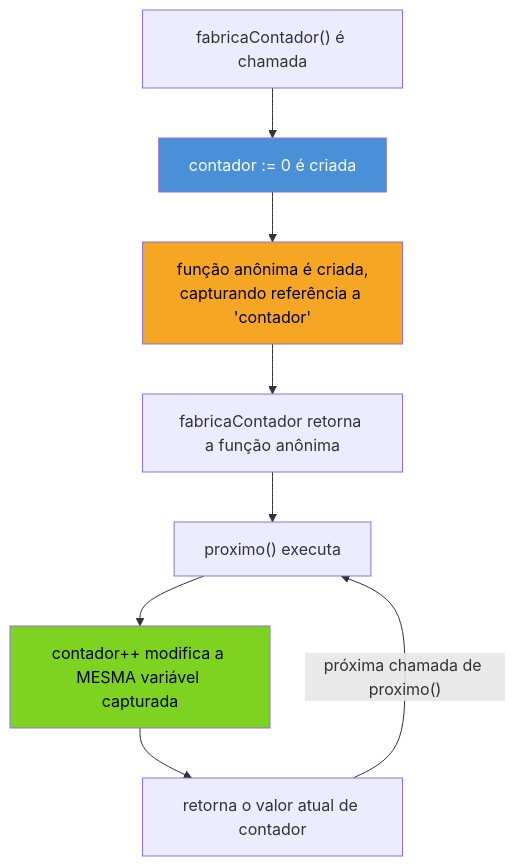
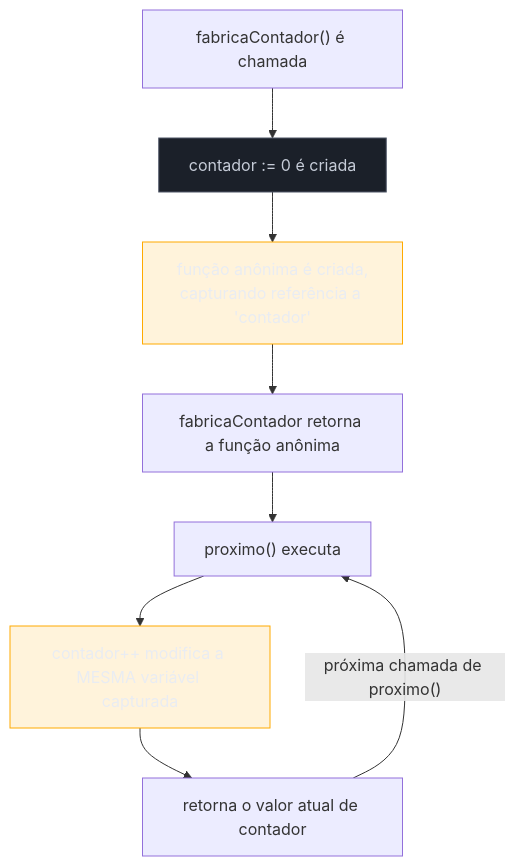
The second of 3 diagrams in 03-Dominios/Tecnologia/Go/01 - Fundamentos e sintaxe/04 - Funções.md (josenaldo/codex-technomanticus), drawn with Mermaid before and after one commit. The commit also changed other lines of this file and 1181 other files, not shown here.

First line of the commit message:
fix(diagramas): paleta do sistema no lugar de cor cravada no markdown

````diff
--- a/03-Dominios/Tecnologia/Go/01 - Fundamentos e sintaxe/04 - Funções.md
+++ b/03-Dominios/Tecnologia/Go/01 - Fundamentos e sintaxe/04 - Funções.md
@@ -290,14 +292,16 @@
 ```mermaid
 flowchart TD
+    classDef neutro fill:#1B2029,stroke:#4E5666,color:#C6CCD8
+    classDef destaque fill:#FFAA0024,stroke:#FFAA00,color:#E9ECF2
     A["fabricaContador() é chamada"] --> B["contador := 0 é criada"]
     B --> C["função anônima é criada,<br/>capturando referência a 'contador'"]
     C --> D["fabricaContador retorna a função anônima"]
     D --> E["proximo() executa"]
     E --> F["contador++ modifica a MESMA variável capturada"]
     F --> G["retorna o valor atual de contador"]
     G -->|"próxima chamada de proximo()"| E
 
-    style B fill:#4A90D9,color:#fff
-    style C fill:#F5A623,color:#000
-    style F fill:#7ED321,color:#000
+    class B neutro
+    class C destaque
+    class F destaque
 ```
````
